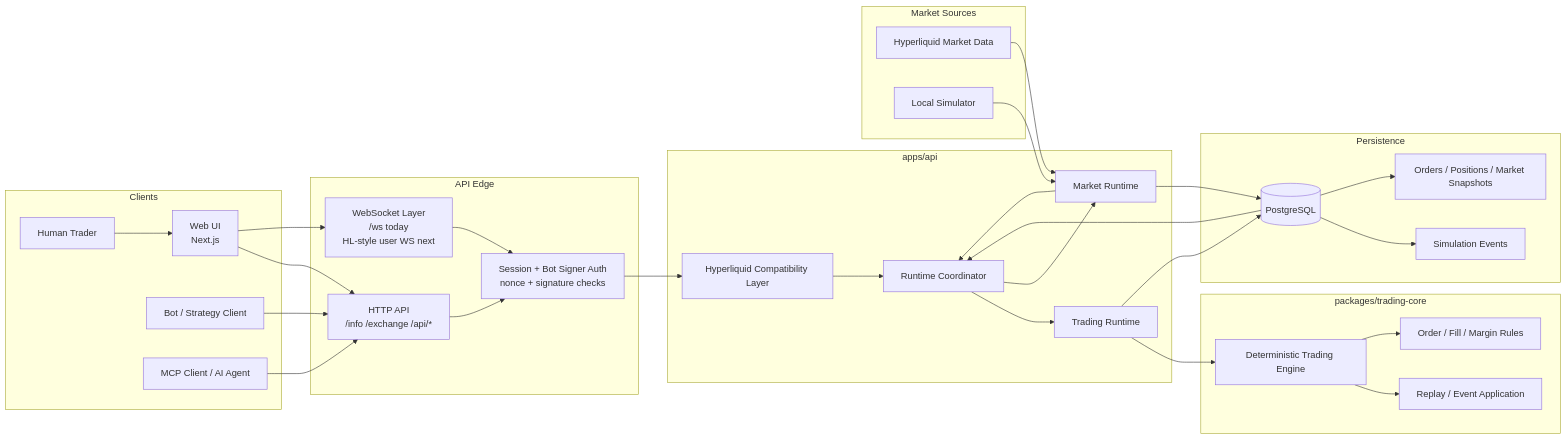
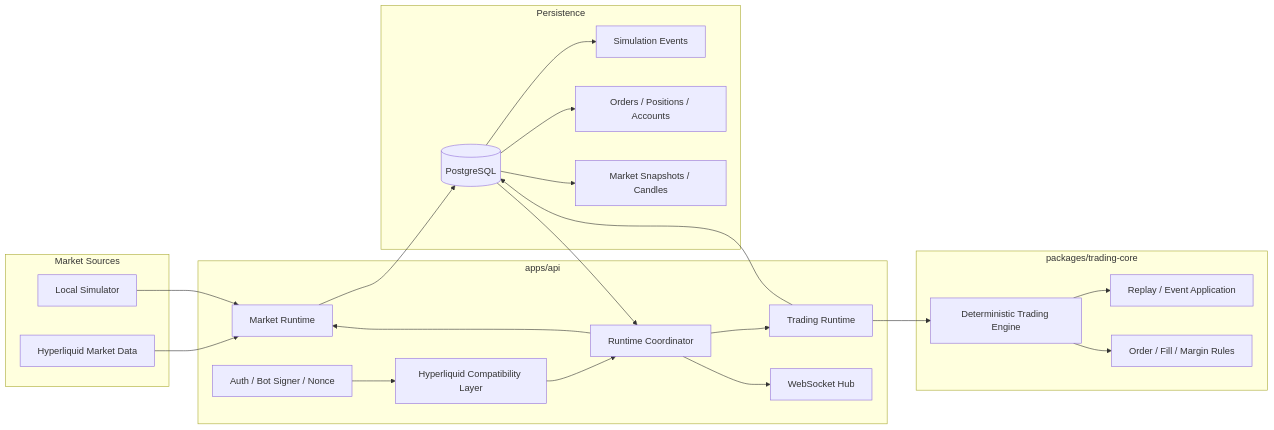
One commit to shouaya/stratium changed the second of 2 diagrams in README.md. Above: the diagram before and after it, drawn with Mermaid. The commit also changed other lines of this file, not shown here.

````diff
--- a/README.md
+++ b/README.md
@@ -18,66 +62,49 @@
 ```mermaid
 flowchart LR
-    subgraph Clients[Clients]
-        Human[Human Trader]
-        Web[Web UI\nNext.js]
-        Bot[Bot / Strategy Client]
-        MCP[MCP Client / AI Agent]
+    subgraph Feeds[Market Sources]
+        HL[Hyperliquid Market Data]
+        Sim[Local Simulator]
     end
 
-    subgraph Edge[API Edge]
-        REST[HTTP API\n/info /exchange /api/*]
-        WS[WebSocket Layer\n/ws today\nHL-style user WS next]
-        Auth[Session + Bot Signer Auth\nnonce + signature checks]
-    end
-
-    subgraph App[apps/api]
+    subgraph API[apps/api]
+        Compat[Hyperliquid Compatibility Layer]
         Runtime[Runtime Coordinator]
         Trading[Trading Runtime]
         Market[Market Runtime]
-        Compat[Hyperliquid Compatibility Layer]
+        WS[WebSocket Hub]
+        Auth[Auth / Bot Signer / Nonce]
     end
 
     subgraph Core[packages/trading-core]
         Engine[Deterministic Trading Engine]
         Replay[Replay / Event Application]
         Rules[Order / Fill / Margin Rules]
     end
 
     subgraph Data[Persistence]
         DB[(PostgreSQL)]
         Events[Simulation Events]
-        Snapshots[Orders / Positions / Market Snapshots]
+        Views[Orders / Positions / Accounts]
+        Snapshots[Market Snapshots / Candles]
     end
 
-    subgraph Feeds[Market Sources]
-        HL[Hyperliquid Market Data]
-        Sim[Local Simulator]
-    end
-
-    Human --> Web
-    Web --> REST
-    Web --> WS
-    Bot --> REST
-    MCP --> REST
-
-    REST --> Auth
-    WS --> Auth
     Auth --> Compat
     Compat --> Runtime
-
     Runtime --> Trading
     Runtime --> Market
+    Runtime --> WS
+
     Trading --> Engine
     Engine --> Replay
     Engine --> Rules
 
     HL --> Market
     Sim --> Market
-    Market --> Runtime
 
     Trading --> DB
     Market --> DB
     DB --> Events
+    DB --> Views
     DB --> Snapshots
     DB --> Runtime
 ```
````
